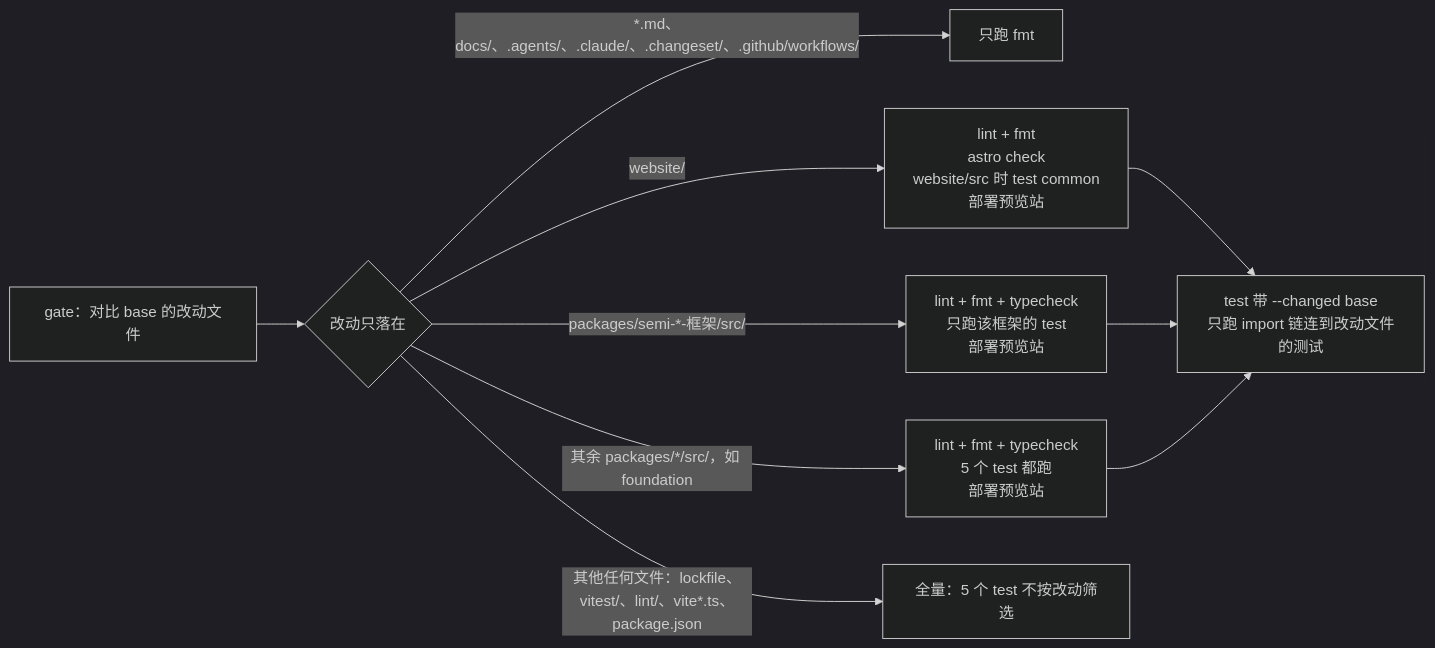
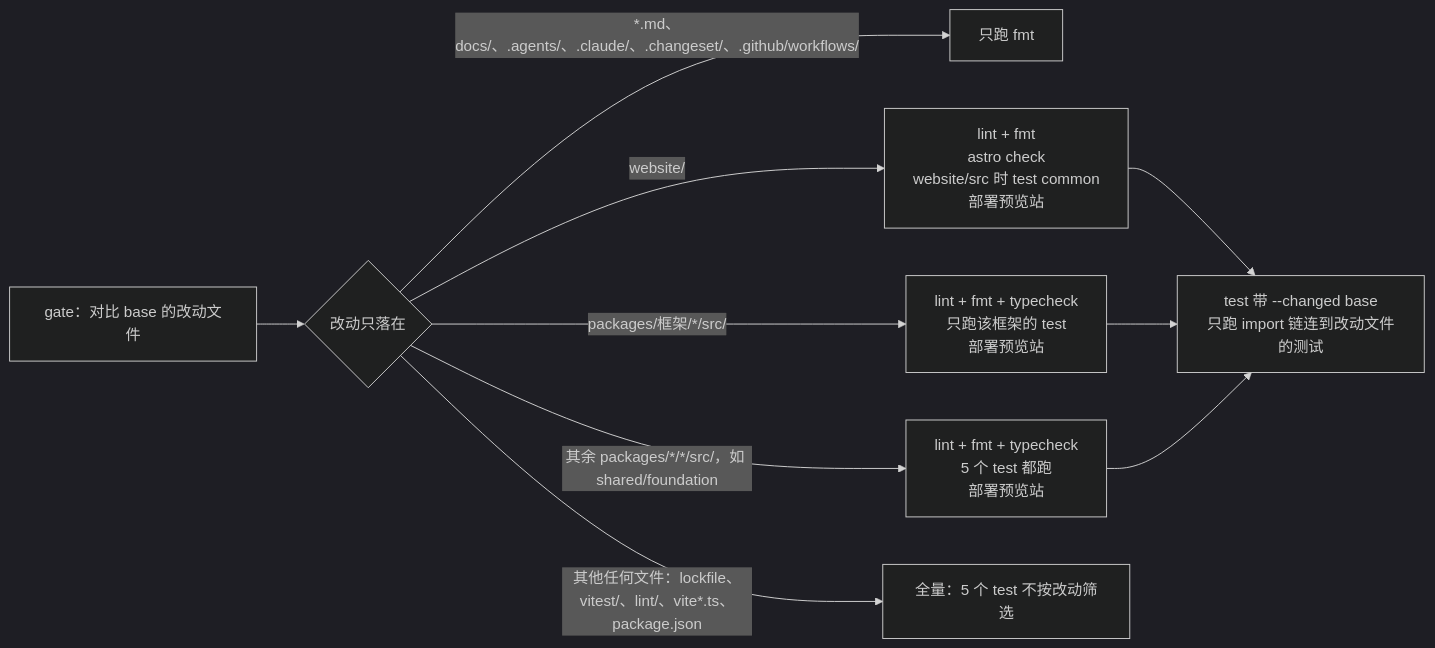
Before and after one commit to smile-alive/semi-design-next: the diagram in CONTRIBUTING.md, drawn with Mermaid (dark theme). The commit also changed other lines of this file and 9606 other files, not shown here.

````diff
--- a/CONTRIBUTING.md
+++ b/CONTRIBUTING.md
@@ -163,10 +165,10 @@
 ```mermaid
 flowchart LR
     G[gate：对比 base 的改动文件] --> C{改动只落在}
     C -->|*.md、docs/、.agents/、.claude/、.changeset/、.github/workflows/| F[只跑 fmt]
     C -->|website/| W[lint + fmt<br/>astro check<br/>website/src 时 test common<br/>部署预览站]
-    C -->|packages/semi-*-框架/src/| P[lint + fmt + typecheck<br/>只跑该框架的 test<br/>部署预览站]
-    C -->|其余 packages/*/src/，如 foundation| S[lint + fmt + typecheck<br/>5 个 test 都跑<br/>部署预览站]
+    C -->|packages/框架/*/src/| P[lint + fmt + typecheck<br/>只跑该框架的 test<br/>部署预览站]
+    C -->|其余 packages/*/*/src/，如 shared/foundation| S[lint + fmt + typecheck<br/>5 个 test 都跑<br/>部署预览站]
     C -->|其他任何文件：lockfile、vitest/、lint/、vite*.ts、package.json| A[全量：5 个 test 不按改动筛选]
     W & P & S --> T[test 带 --changed base<br/>只跑 import 链连到改动文件的测试]
 ```
````
